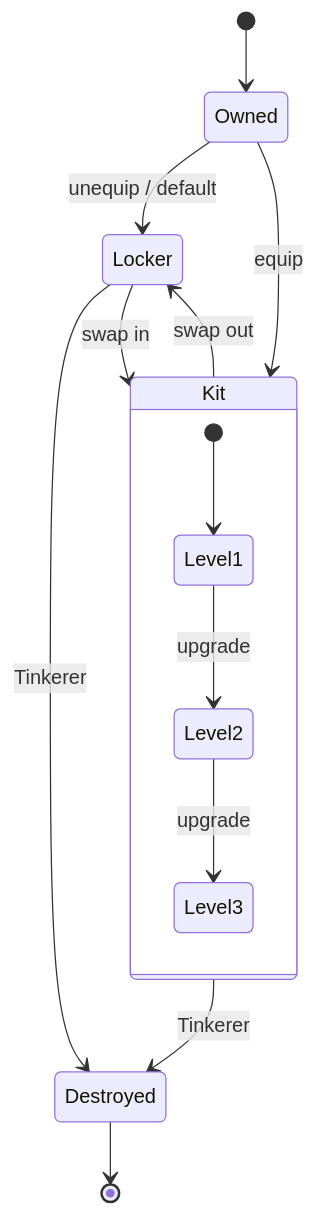
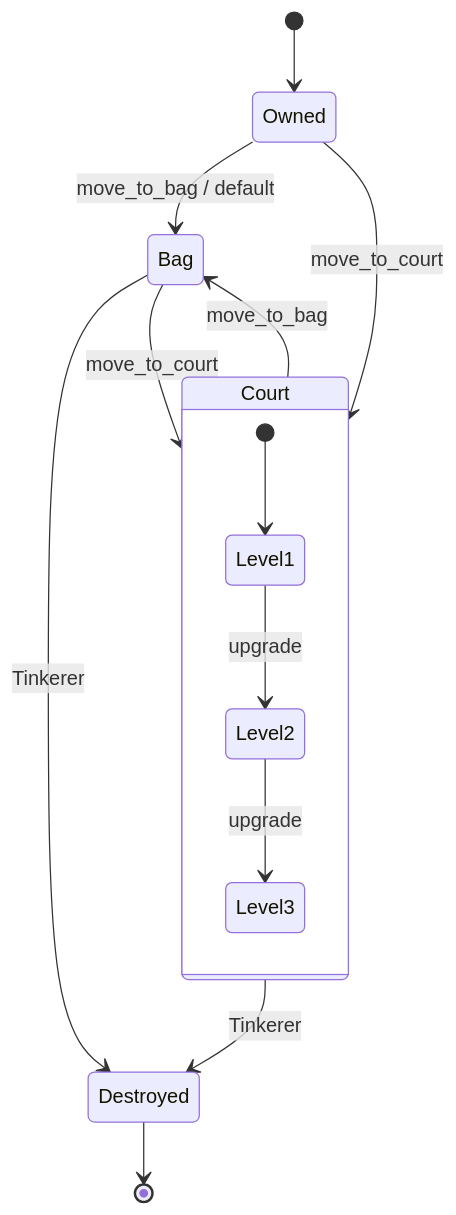
One commit to J-Melon/volley-vendetta changed the sixth of 10 diagrams in designs/01-prototype/07-effect-system.md. Above: the diagram before and after it, drawn with Mermaid. The commit also changed other lines of this file and 10 other files, not shown here.

````diff
--- a/designs/01-prototype/07-effect-system.md
+++ b/designs/01-prototype/07-effect-system.md
@@ -337,17 +338,17 @@
 ```mermaid
 stateDiagram-v2
     [*] --> Owned
-    Owned --> Kit: equip
-    Owned --> Locker: unequip / default
-    Kit --> Locker: swap out
-    Locker --> Kit: swap in
-    Kit --> Destroyed: Tinkerer
-    Locker --> Destroyed: Tinkerer
+    Owned --> Court: move_to_court
+    Owned --> Bag: move_to_bag / default
+    Court --> Bag: move_to_bag
+    Bag --> Court: move_to_court
+    Court --> Destroyed: Tinkerer
+    Bag --> Destroyed: Tinkerer
     Destroyed --> [*]
 
-    state Kit {
+    state Court {
         [*] --> Level1
         Level1 --> Level2: upgrade
         Level2 --> Level3: upgrade
     }
 ```
````
